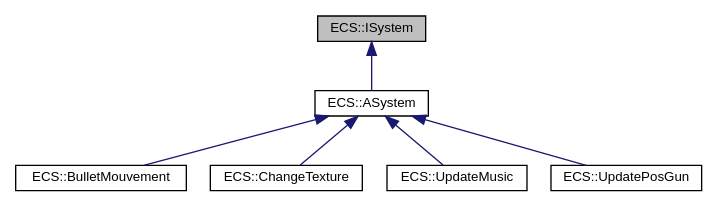
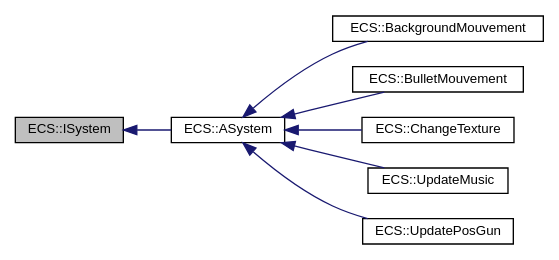
The diagram in classECS_1_1ISystem__inherit__graph.dot (TerryMazzoni/RTypeMirror), drawn with Graphviz before and after one commit. The commit also changed 68 other files, not shown here.

```diff
--- a/classECS_1_1ISystem__inherit__graph.dot
+++ b/classECS_1_1ISystem__inherit__graph.dot
@@ -1,17 +1,20 @@
 digraph "ECS::ISystem"
 {
  // LATEX_PDF_SIZE
   edge [fontname="Helvetica",fontsize="10",labelfontname="Helvetica",labelfontsize="10"];
   node [fontname="Helvetica",fontsize="10",shape=record];
+  rankdir="LR";
   Node1 [label="ECS::ISystem",height=0.2,width=0.4,color="black", fillcolor="grey75", style="filled", fontcolor="black",tooltip=" "];
   Node1 -> Node2 [dir="back",color="midnightblue",fontsize="10",style="solid",fontname="Helvetica"];
   Node2 [label="ECS::ASystem",height=0.2,width=0.4,color="black", fillcolor="white", style="filled",URL="$classECS_1_1ASystem.html",tooltip=" "];
   Node2 -> Node3 [dir="back",color="midnightblue",fontsize="10",style="solid",fontname="Helvetica"];
-  Node3 [label="ECS::BulletMouvement",height=0.2,width=0.4,color="black", fillcolor="white", style="filled",URL="$classECS_1_1BulletMouvement.html",tooltip=" "];
+  Node3 [label="ECS::BackgroundMouvement",height=0.2,width=0.4,color="black", fillcolor="white", style="filled",URL="$classECS_1_1BackgroundMouvement.html",tooltip=" "];
   Node2 -> Node4 [dir="back",color="midnightblue",fontsize="10",style="solid",fontname="Helvetica"];
-  Node4 [label="ECS::ChangeTexture",height=0.2,width=0.4,color="black", fillcolor="white", style="filled",URL="$classECS_1_1ChangeTexture.html",tooltip=" "];
+  Node4 [label="ECS::BulletMouvement",height=0.2,width=0.4,color="black", fillcolor="white", style="filled",URL="$classECS_1_1BulletMouvement.html",tooltip=" "];
   Node2 -> Node5 [dir="back",color="midnightblue",fontsize="10",style="solid",fontname="Helvetica"];
-  Node5 [label="ECS::UpdateMusic",height=0.2,width=0.4,color="black", fillcolor="white", style="filled",URL="$classECS_1_1UpdateMusic.html",tooltip=" "];
+  Node5 [label="ECS::ChangeTexture",height=0.2,width=0.4,color="black", fillcolor="white", style="filled",URL="$classECS_1_1ChangeTexture.html",tooltip=" "];
   Node2 -> Node6 [dir="back",color="midnightblue",fontsize="10",style="solid",fontname="Helvetica"];
-  Node6 [label="ECS::UpdatePosGun",height=0.2,width=0.4,color="black", fillcolor="white", style="filled",URL="$classECS_1_1UpdatePosGun.html",tooltip=" "];
+  Node6 [label="ECS::UpdateMusic",height=0.2,width=0.4,color="black", fillcolor="white", style="filled",URL="$classECS_1_1UpdateMusic.html",tooltip=" "];
+  Node2 -> Node7 [dir="back",color="midnightblue",fontsize="10",style="solid",fontname="Helvetica"];
+  Node7 [label="ECS::UpdatePosGun",height=0.2,width=0.4,color="black", fillcolor="white", style="filled",URL="$classECS_1_1UpdatePosGun.html",tooltip=" "];
 }
```
